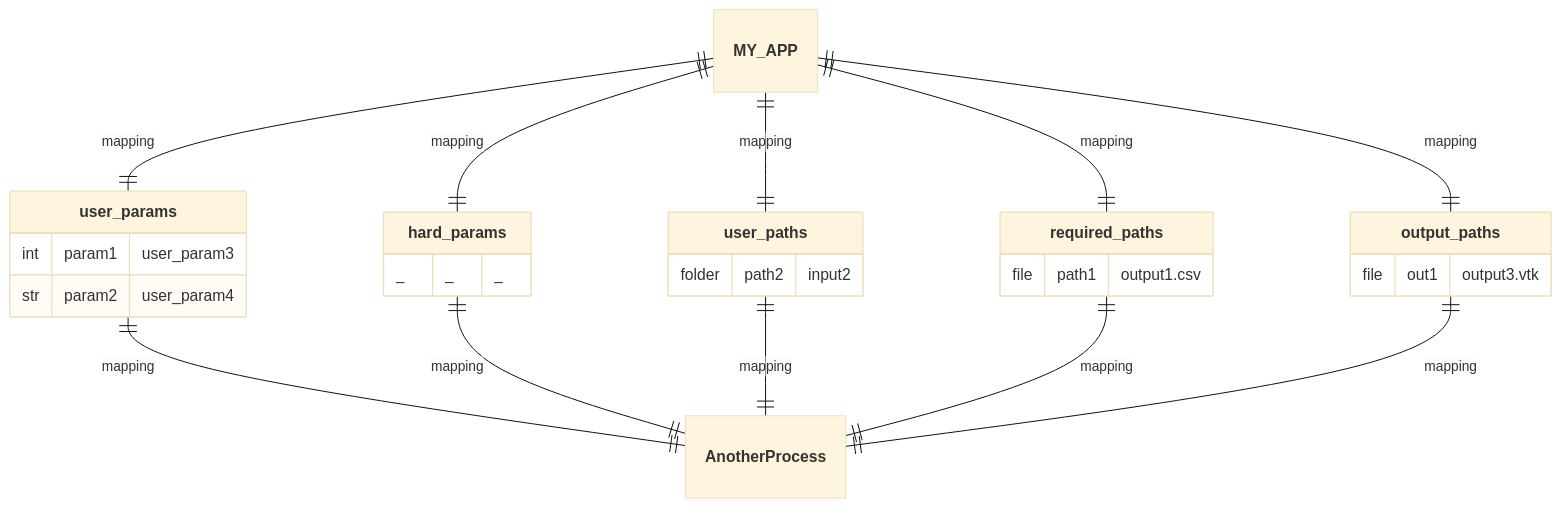
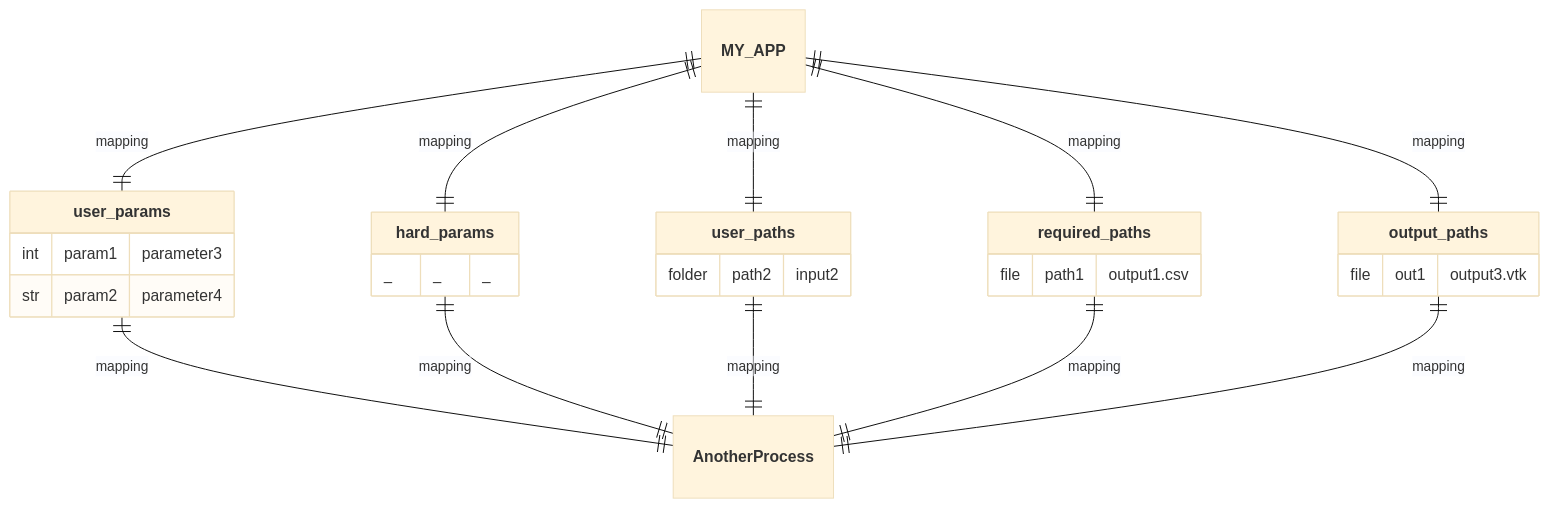
Diagram 11 of 16 in README.md (nuremics/nuremics), drawn with Mermaid (base theme) before and after one commit. The commit also changed other lines of this file, not shown here.

````diff
--- a/README.md
+++ b/README.md
@@ -316,30 +316,30 @@
 ```mermaid
 erDiagram
   **MY_APP** ||--|| **user_params** : mapping
   **MY_APP** ||--|| **hard_params** : mapping
   **MY_APP** ||--|| **user_paths** : mapping
   **MY_APP** ||--|| **required_paths** : mapping
   **MY_APP** ||--|| **output_paths** : mapping
   **user_params** ||--|| **AnotherProcess** : mapping
   **hard_params** ||--|| **AnotherProcess** : mapping
   **user_paths** ||--|| **AnotherProcess** : mapping
   **required_paths** ||--|| **AnotherProcess** : mapping
   **output_paths** ||--|| **AnotherProcess** : mapping
 
   **user_params** {
-    int param1 "user_param3"
-    str param2 "user_param4"
+    int param1 "parameter3"
+    str param2 "parameter4"
   }
   **hard_params** {
     _ _ "_"
   }
   **user_paths** {
     folder path2 "input2"
   }
   **required_paths** {
     file path1 "output1.csv"
   }
   **output_paths** {
     file out1 "output3.vtk"
   }
 ```
````
